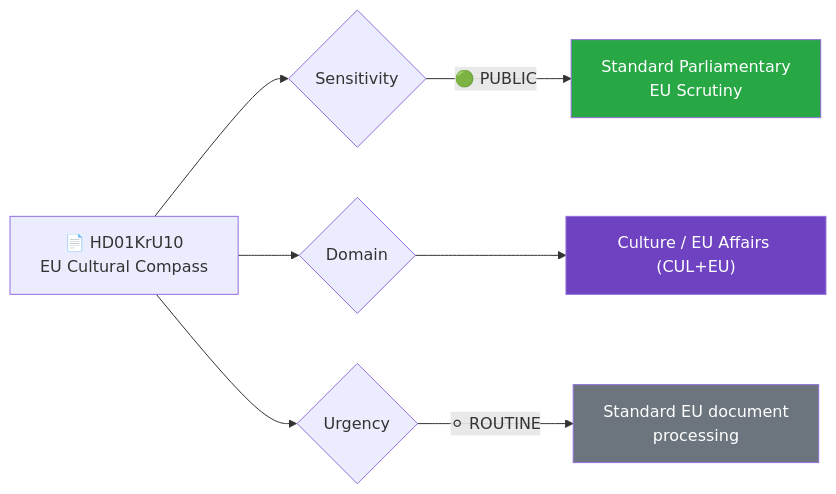
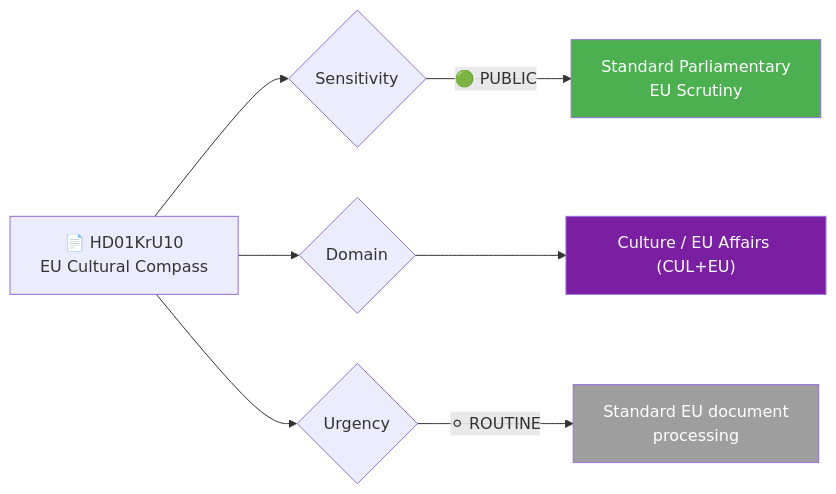
The first of 2 diagrams in analysis/daily/2026-03-27/committeeReports/documents/hd01kru10-analysis.md (Hack23/riksdagsmonitor), drawn with Mermaid before and after one commit. The commit also changed other lines of this file and 785 other files, not shown here.

First line of the commit message:
Normalize mermaid colors across 786 analysis artifacts to ISMS Style Guide palette

````diff
--- a/analysis/daily/2026-03-27/committeeReports/documents/hd01kru10-analysis.md
+++ b/analysis/daily/2026-03-27/committeeReports/documents/hd01kru10-analysis.md
@@ -32,15 +32,15 @@
 ```mermaid
 graph LR
     A["📄 HD01KrU10<br/>EU Cultural Compass"] --> B{Sensitivity}
     B -->|"🟢 PUBLIC"| E["Standard Parliamentary<br/>EU Scrutiny"]
 
     A --> G{Domain}
     G --> H["Culture / EU Affairs (CUL+EU)"]
 
     A --> I{Urgency}
     I -->|"⚪ ROUTINE"| M["Standard EU document<br/>processing"]
 
-    style E fill:#28a745,color:#fff
-    style H fill:#6f42c1,color:#fff
-    style M fill:#6c757d,color:#fff
+    style E fill:#4CAF50,color:#FFFFFF
+    style H fill:#7B1FA2,color:#FFFFFF
+    style M fill:#9E9E9E,color:#FFFFFF
 ```
````
